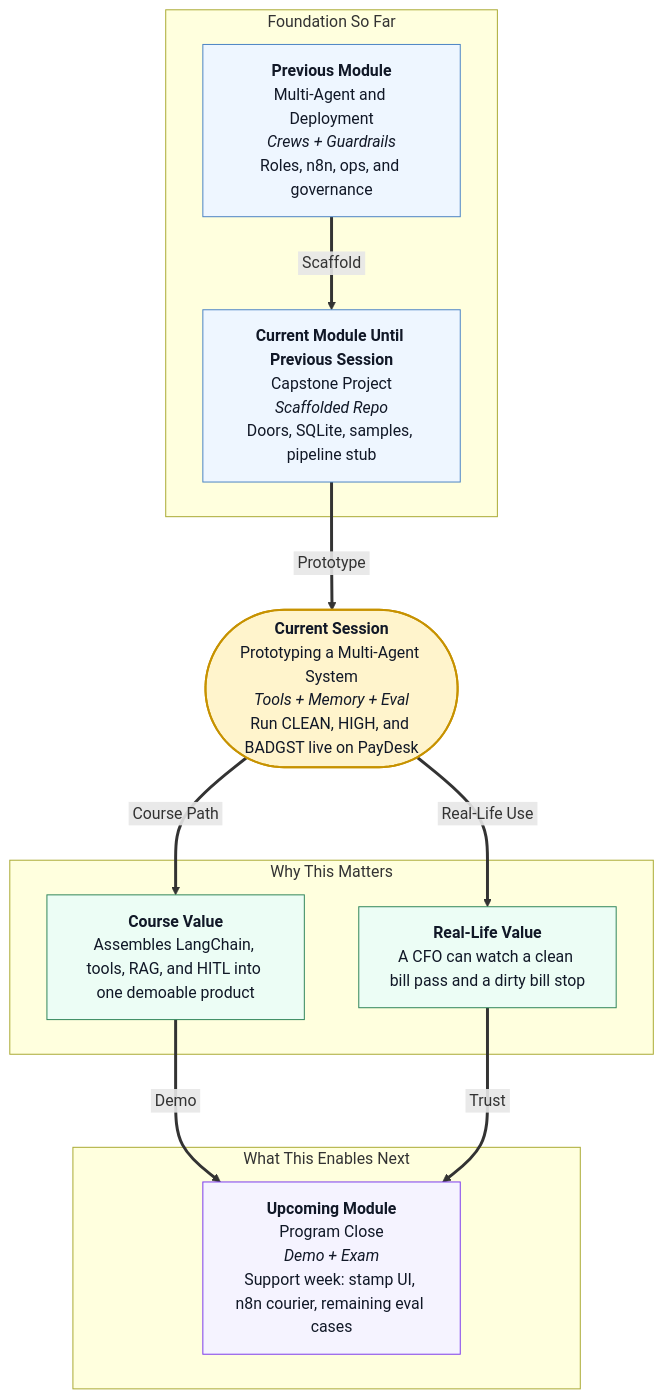
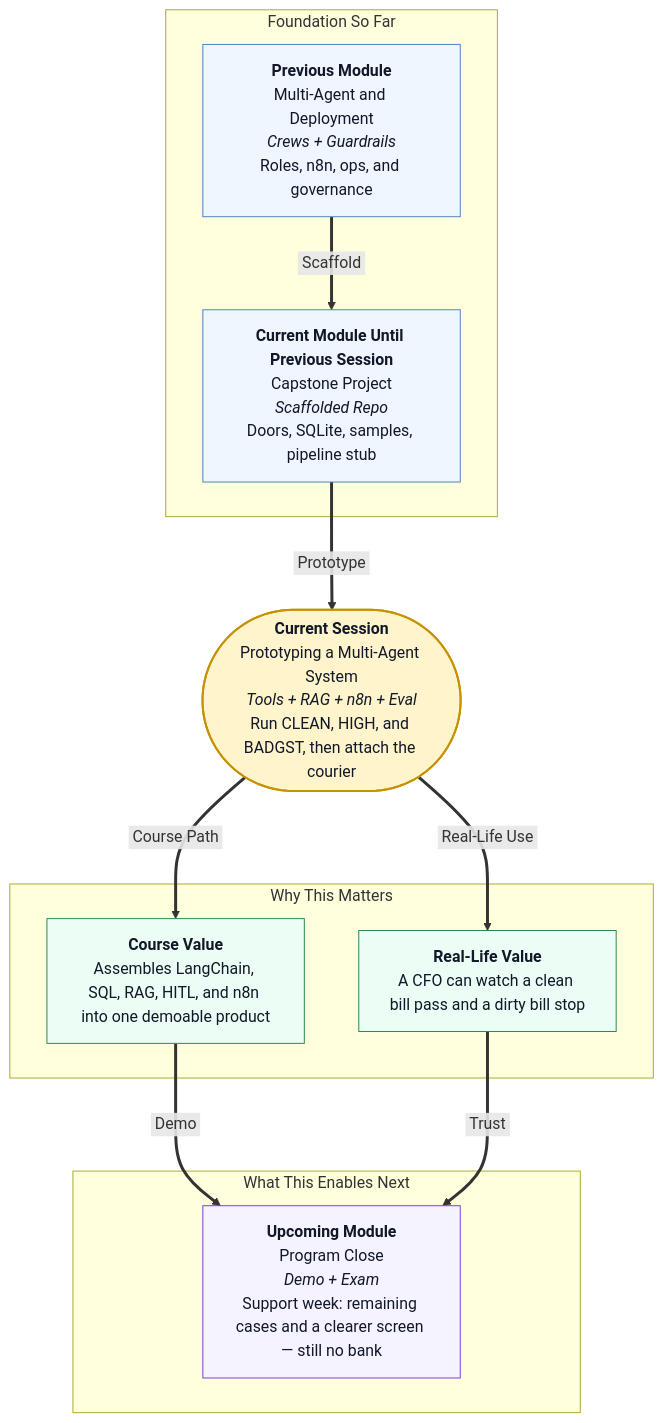
One commit to ABVenu/IIT_Sessions_Content changed the diagram in iitr-as-260113/Module4/Session62/Mental Map.md. Above: the diagram before and after it, drawn with Mermaid. The commit also changed 5 other files, not shown here.

````diff
--- a/iitr-as-260113/Module4/Session62/Mental Map.md
+++ b/iitr-as-260113/Module4/Session62/Mental Map.md
@@ -1,37 +1,37 @@
 ```mermaid
 %%{init: {'flowchart': {'nodeSpacing': 55, 'rankSpacing': 70, 'diagramPadding': 20}} }%%
 flowchart TB
     subgraph Foundation["Foundation So Far"]
         M4["<b>Previous Module</b><br/>Multi-Agent and Deployment<br/><i>Crews + Guardrails</i><br/>Roles, n8n, ops, and governance"]
         CM["<b>Current Module Until Previous Session</b><br/>Capstone Project<br/><i>Scaffolded Repo</i><br/>Doors, SQLite, samples, pipeline stub"]
     end
 
-    CS(["<b>Current Session</b><br/>Prototyping a Multi-Agent System<br/><i>Tools + Memory + Eval</i><br/>Run CLEAN, HIGH, and BADGST live on PayDesk"])
+    CS(["<b>Current Session</b><br/>Prototyping a Multi-Agent System<br/><i>Tools + RAG + n8n + Eval</i><br/>Run CLEAN, HIGH, and BADGST, then attach the courier"])
 
     subgraph Value["Why This Matters"]
-        CV["<b>Course Value</b><br/>Assembles LangChain, tools, RAG, and HITL into one demoable product"]
+        CV["<b>Course Value</b><br/>Assembles LangChain, SQL, RAG, HITL, and n8n into one demoable product"]
         RV["<b>Real-Life Value</b><br/>A CFO can watch a clean bill pass and a dirty bill stop"]
     end
 
     subgraph Future["What This Enables Next"]
-        U1["<b>Upcoming Module</b><br/>Program Close<br/><i>Demo + Exam</i><br/>Support week: stamp UI, n8n courier, remaining eval cases"]
+        U1["<b>Upcoming Module</b><br/>Program Close<br/><i>Demo + Exam</i><br/>Support week: remaining cases and a clearer screen — still no bank"]
     end
 
     M4 ==>|&nbsp;Scaffold&nbsp;| CM
     CM ==>|&nbsp;Prototype&nbsp;| CS
     CS ==>|&nbsp;Course&nbsp;Path&nbsp;| CV
     CS ==>|&nbsp;Real-Life&nbsp;Use&nbsp;| RV
     CV ==>|&nbsp;Demo&nbsp;| U1
     RV ==>|&nbsp;Trust&nbsp;| U1
 
     classDef previous fill:#eef6ff,stroke:#4b83c4,color:#111827;
     classDef current fill:#fff4cc,stroke:#c79200,color:#111827,stroke-width:2px;
     classDef value fill:#ecfdf5,stroke:#2f855a,color:#111827;
     classDef future fill:#f5f3ff,stroke:#7c3aed,color:#111827;
 
     class M4,CM previous;
     class CS current;
     class CV,RV value;
     class U1 future;
     linkStyle default stroke-width:3px;
 ```
````
